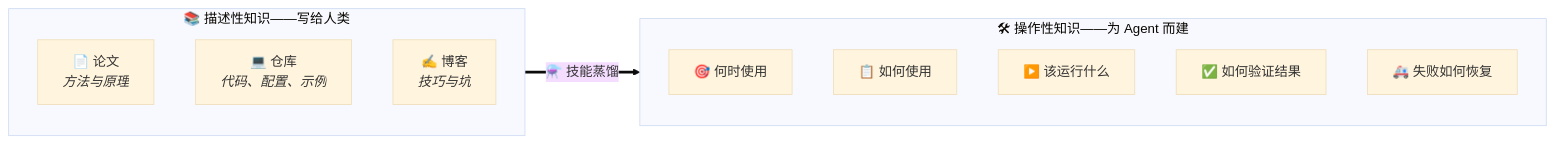
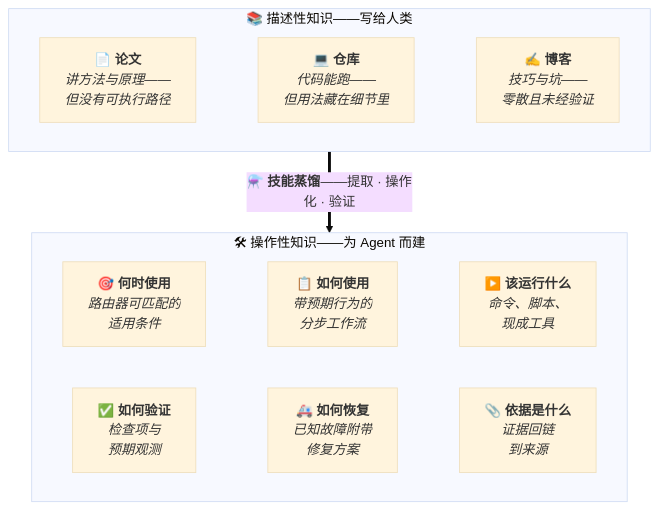
The second of 5 diagrams in README.zh-CN.md (Lolo1222/AREX-Skill), drawn with Mermaid (base theme) before and after one commit. The commit also changed other lines of this file and 1 other file, not shown here.

````diff
--- a/README.zh-CN.md
+++ b/README.zh-CN.md
@@ -70,18 +85,13 @@
 ```mermaid
-flowchart LR
+flowchart TB
     subgraph D["📚 描述性知识——写给人类"]
-        direction TB
-        d1["📄 论文<br><i>方法与原理</i>"]
-        d2["💻 仓库<br><i>代码、配置、示例</i>"]
-        d3["✍️ 博客<br><i>技巧与坑</i>"]
+        direction LR
+        d1["📄 <b>论文</b><br><i>讲方法与原理——<br>但没有可执行路径</i>"] ~~~ d2["💻 <b>仓库</b><br><i>代码能跑——<br>但用法藏在细节里</i>"] ~~~ d3["✍️ <b>博客</b><br><i>技巧与坑——<br>零散且未经验证</i>"]
     end
-    D == "⚗️ 技能蒸馏" ==> O
+    D == "⚗️ <b>技能蒸馏</b>——提取 · 操作化 · 验证" ==> O
     subgraph O["🛠 操作性知识——为 Agent 而建"]
-        direction TB
-        o1["🎯 何时使用"]
-        o2["📋 如何使用"]
-        o3["▶️ 该运行什么"]
-        o4["✅ 如何验证结果"]
-        o5["🚑 失败如何恢复"]
+        direction LR
+        o1["🎯 <b>何时使用</b><br><i>路由器可匹配的<br>适用条件</i>"] ~~~ o2["📋 <b>如何使用</b><br><i>带预期行为的<br>分步工作流</i>"] ~~~ o3["▶️ <b>该运行什么</b><br><i>命令、脚本、<br>现成工具</i>"]
+        o4["✅ <b>如何验证</b><br><i>检查项与<br>预期观测</i>"] ~~~ o5["🚑 <b>如何恢复</b><br><i>已知故障附带<br>修复方案</i>"] ~~~ o6["📎 <b>依据是什么</b><br><i>证据回链<br>到来源</i>"]
     end
 ```
````
